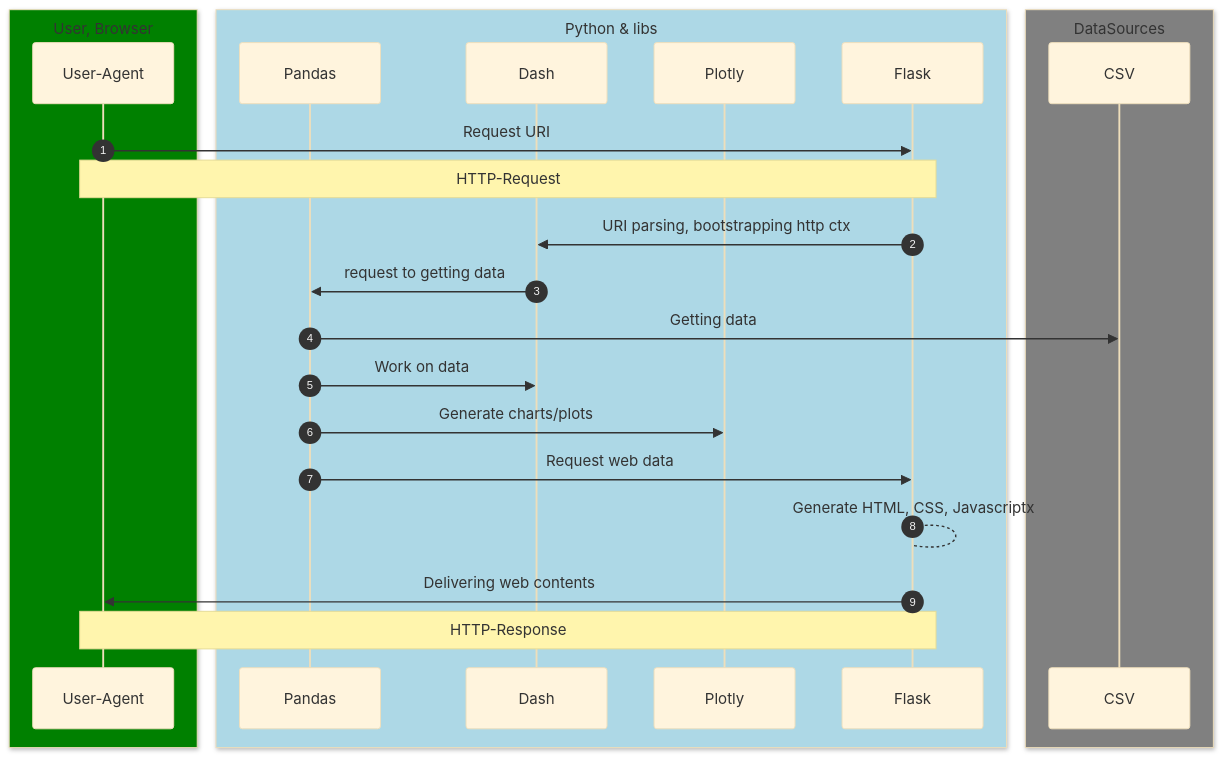
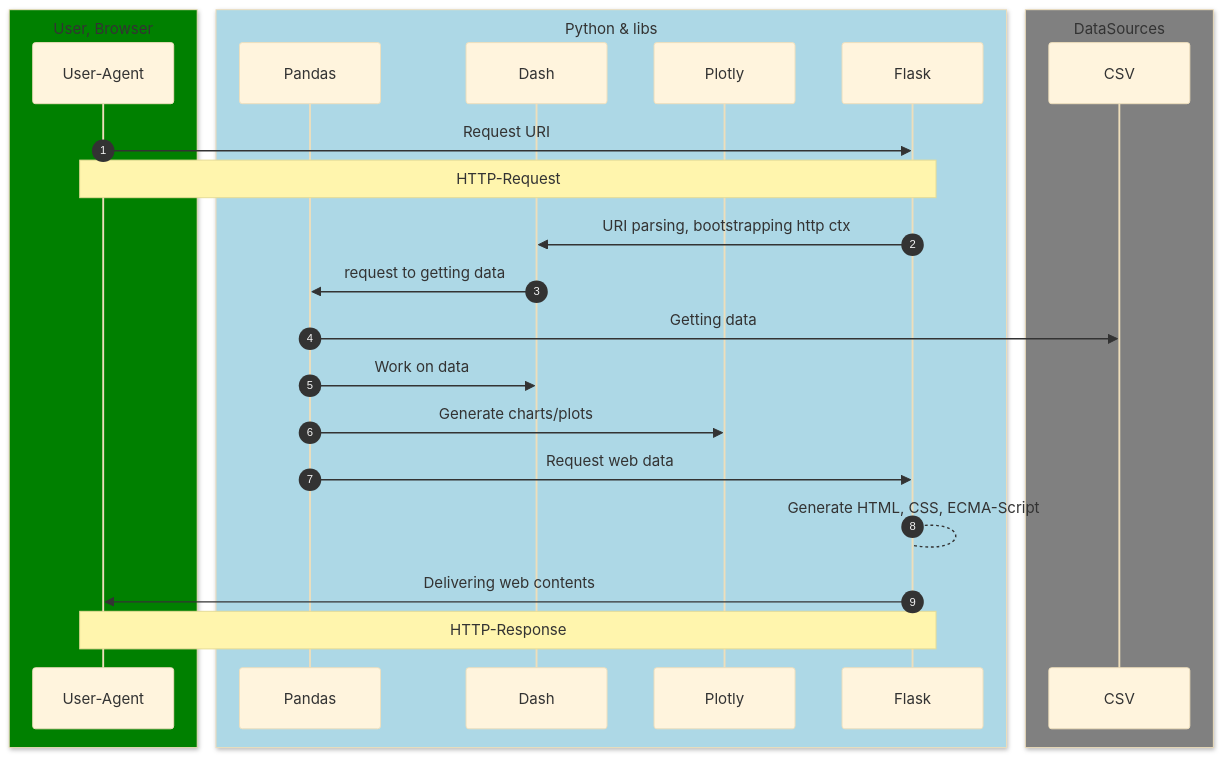
One commit to SchrodtSven/hca changed the diagram in doq/dad2.md. Above: the diagram before and after it, drawn with Mermaid (base theme). The commit also changed 24 other files, not shown here.

````diff
--- a/doq/dad2.md
+++ b/doq/dad2.md
@@ -3,37 +3,37 @@
 ```mermaid
 sequenceDiagram
 autonumber
     
     box Green User, Browser
     participant User-Agent
     end
 
     box lightblue Python & libs
     participant Pandas
     participant Dash
     participant Plotly
     participant Flask
     end
 
     box gray DataSources
     participant CSV
     end
     
     User-Agent->>Flask: Request URI
     Note over User-Agent, Flask: HTTP-Request
     
     Flask->>Dash: URI parsing, bootstrapping http ctx
     Dash->>Pandas: request to getting data
     Pandas ->> CSV: Getting data
     Pandas ->> Dash: Work on data
     Pandas ->> Plotly: Generate charts/plots
     Pandas ->> Flask: Request web data
-    Flask --> Flask: Generate HTML, CSS, Javascriptx
+    Flask --> Flask: Generate HTML, CSS, ECMA-Script
     
     Flask->>User-Agent: Delivering web contents
     Note over User-Agent, Flask: HTTP-Response
     
 
    
    
 ```
````
